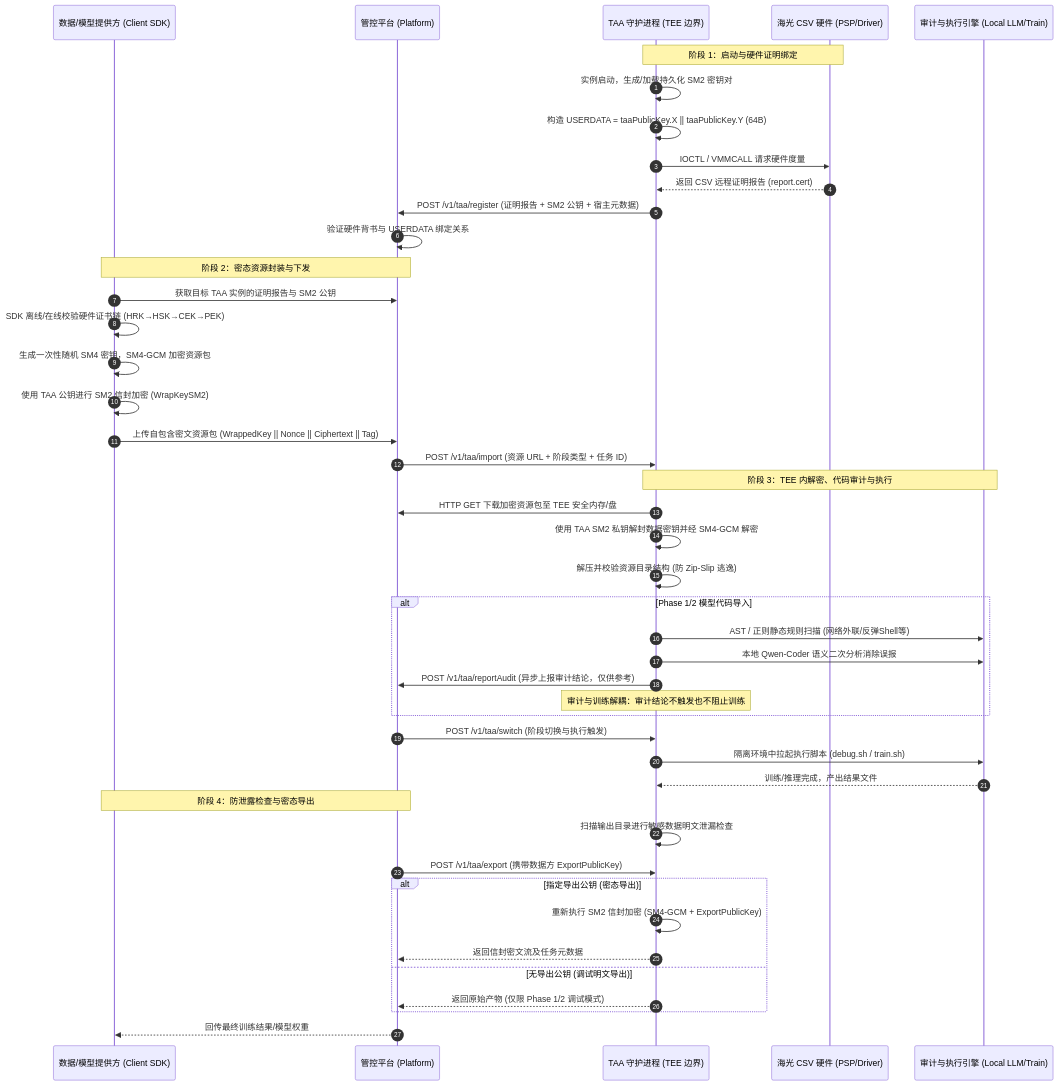
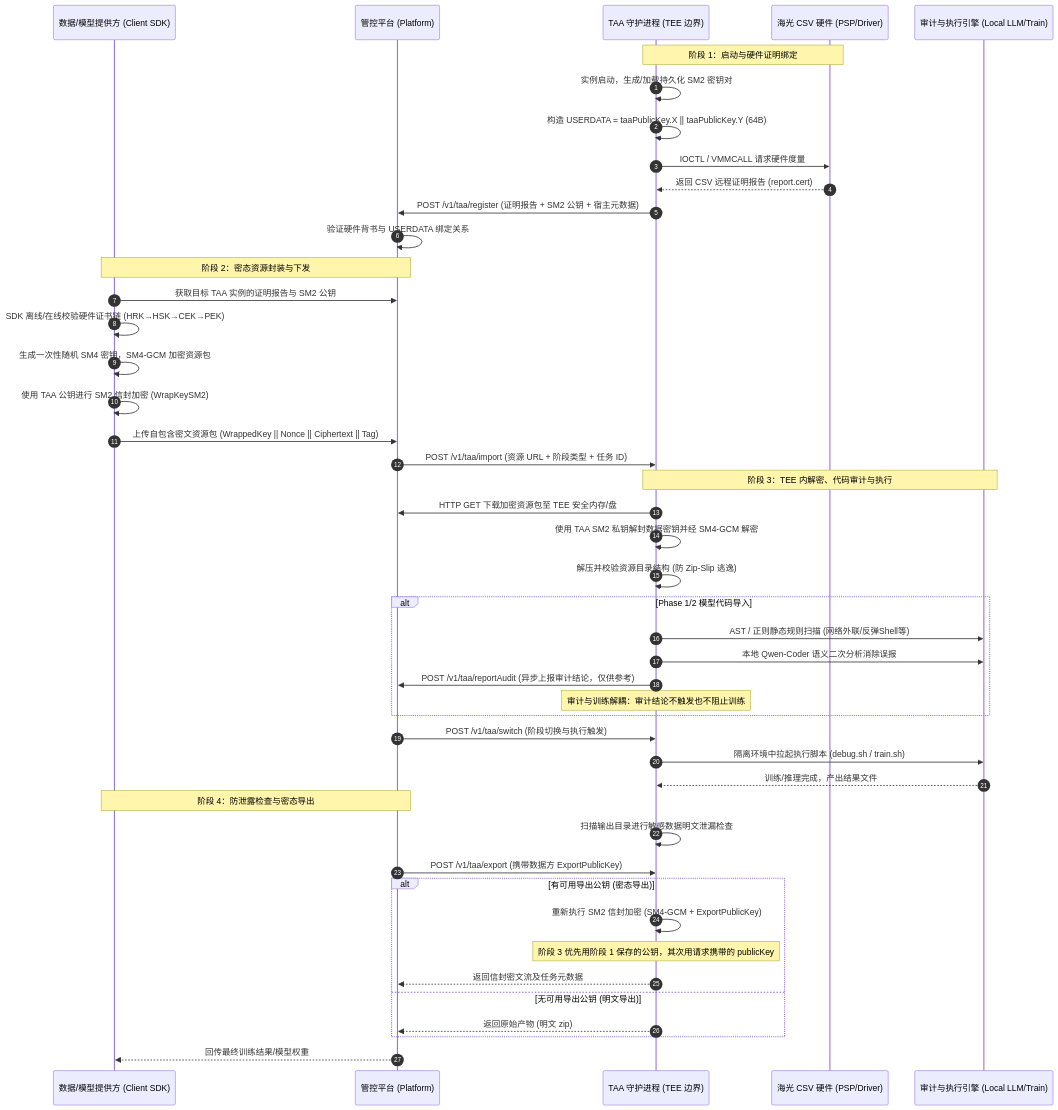
The diagram in docs/architecture-design.md (CipherSlinger/taa), drawn with Mermaid before and after one commit. The commit also changed other lines of this file and 9 other files, not shown here.

First line of the commit message:
feat(controller): make the export public key optional end to end

````diff
--- a/docs/architecture-design.md
+++ b/docs/architecture-design.md
@@ -20,54 +20,55 @@
 ```mermaid
 sequenceDiagram
     autonumber
     participant Provider as 数据/模型提供方 (Client SDK)
     participant Platform as 管控平台 (Platform)
     participant TAA as TAA 守护进程 (TEE 边界)
     participant CSV as 海光 CSV 硬件 (PSP/Driver)
     participant Engine as 审计与执行引擎 (Local LLM/Train)
 
     %% 阶段 1：启动、证明与身份注册
     Note over TAA,CSV: 阶段 1：启动与硬件证明绑定
     TAA->>TAA: 实例启动，生成/加载持久化 SM2 密钥对
     TAA->>TAA: 构造 USERDATA = taaPublicKey.X || taaPublicKey.Y (64B)
     TAA->>CSV: IOCTL / VMMCALL 请求硬件度量
     CSV-->>TAA: 返回 CSV 远程证明报告 (report.cert)
     TAA->>Platform: POST /v1/taa/register (证明报告 + SM2 公钥 + 宿主元数据)
     Platform->>Platform: 验证硬件背书与 USERDATA 绑定关系
 
     %% 阶段 2：密态资源封装与下发
     Note over Provider,Platform: 阶段 2：密态资源封装与下发
     Provider->>Platform: 获取目标 TAA 实例的证明报告与 SM2 公钥
     Provider->>Provider: SDK 离线/在线校验硬件证书链 (HRK→HSK→CEK→PEK)
     Provider->>Provider: 生成一次性随机 SM4 密钥，SM4-GCM 加密资源包
     Provider->>Provider: 使用 TAA 公钥进行 SM2 信封加密 (WrapKeySM2)
     Provider->>Platform: 上传自包含密文资源包 (WrappedKey || Nonce || Ciphertext || Tag)
     Platform->>TAA: POST /v1/taa/import (资源 URL + 阶段类型 + 任务 ID)
 
     %% 阶段 3：密态解密、审计与执行
     Note over TAA,Engine: 阶段 3：TEE 内解密、代码审计与执行
     TAA->>Platform: HTTP GET 下载加密资源包至 TEE 安全内存/盘
     TAA->>TAA: 使用 TAA SM2 私钥解封数据密钥并经 SM4-GCM 解密
     TAA->>TAA: 解压并校验资源目录结构 (防 Zip-Slip 逃逸)
     alt Phase 1/2 模型代码导入
         TAA->>Engine: AST / 正则静态规则扫描 (网络外联/反弹Shell等)
         TAA->>Engine: 本地 Qwen-Coder 语义二次分析消除误报
         TAA->>Platform: POST /v1/taa/reportAudit (异步上报审计结论，仅供参考)
         Note over TAA: 审计与训练解耦：审计结论不触发也不阻止训练
     end
     Platform->>TAA: POST /v1/taa/switch (阶段切换与执行触发)
     TAA->>Engine: 隔离环境中拉起执行脚本 (debug.sh / train.sh)
     Engine-->>TAA: 训练/推理完成，产出结果文件
 
     %% 阶段 4：防泄露检查与密态导出
     Note over Platform,Provider: 阶段 4：防泄露检查与密态导出
     TAA->>TAA: 扫描输出目录进行敏感数据明文泄漏检查
     Platform->>TAA: POST /v1/taa/export (携带数据方 ExportPublicKey)
-    alt 指定导出公钥 (密态导出)
+    alt 有可用导出公钥 (密态导出)
         TAA->>TAA: 重新执行 SM2 信封加密 (SM4-GCM + ExportPublicKey)
+        Note over TAA: 阶段 3 优先用阶段 1 保存的公钥，其次用请求携带的 publicKey
         TAA-->>Platform: 返回信封密文流及任务元数据
-    else 无导出公钥 (调试明文导出)
-        TAA-->>Platform: 返回原始产物 (仅限 Phase 1/2 调试模式)
+    else 无可用导出公钥 (明文导出)
+        TAA-->>Platform: 返回原始产物 (明文 zip)
     end
     Platform-->>Provider: 回传最终训练结果/模型权重
 ```
````
